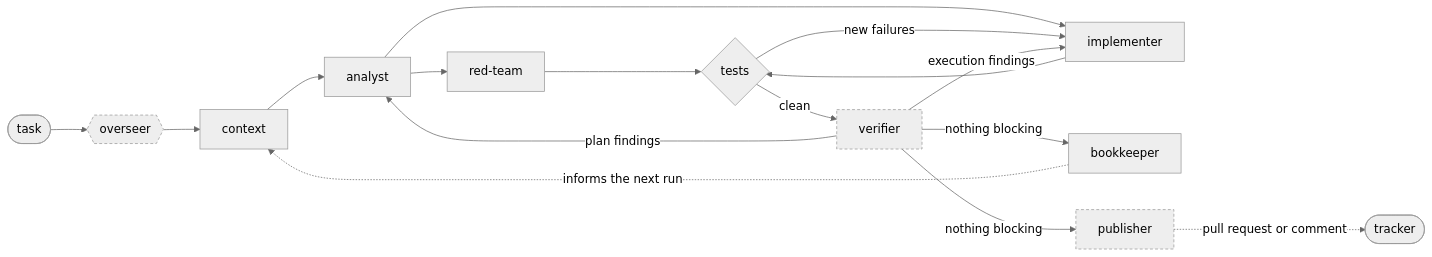
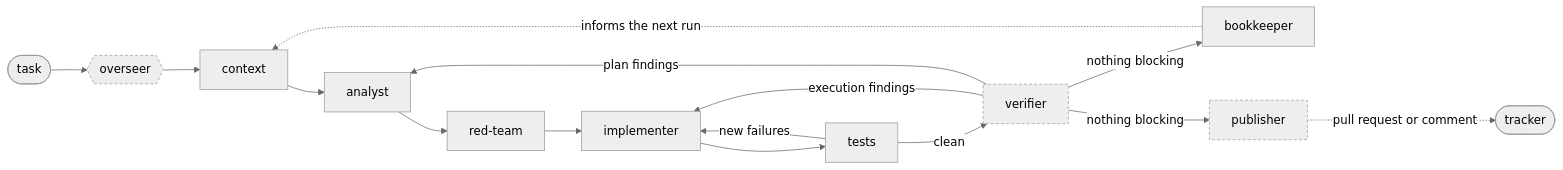
Before and after one commit to cq27-dev/ratatoskr: the diagram in README.md, drawn with Mermaid (neutral theme). The commit also changed other lines of this file and 36 other files, not shown here.

First line of the commit message:
refactor(workflow): declare standard flow in TypeScript (#218)

````diff
--- a/README.md
+++ b/README.md
@@ -12,21 +12,20 @@
 ```mermaid
 flowchart LR
     task([task]) --> overseer{{overseer}}
     overseer --> context[context]
     context --> analyst[analyst]
     analyst --> redteam[red-team]
-    analyst --> impl[implementer]
-    redteam --> tests{tests}
+    redteam --> impl[implementer]
     impl --> tests
     tests -->|new failures| impl
     tests -->|clean| verifier[verifier]
     verifier -->|execution findings| impl
     verifier -->|plan findings| analyst
     verifier -->|nothing blocking| bookkeeper[bookkeeper]
     verifier -->|nothing blocking| publisher[publisher]
     bookkeeper -.->|informs the next run| context
     publisher -.->|pull request or comment| tracker([tracker])
 
     classDef optional stroke-dasharray: 4 3
     class overseer,verifier,publisher optional
 ```
````
